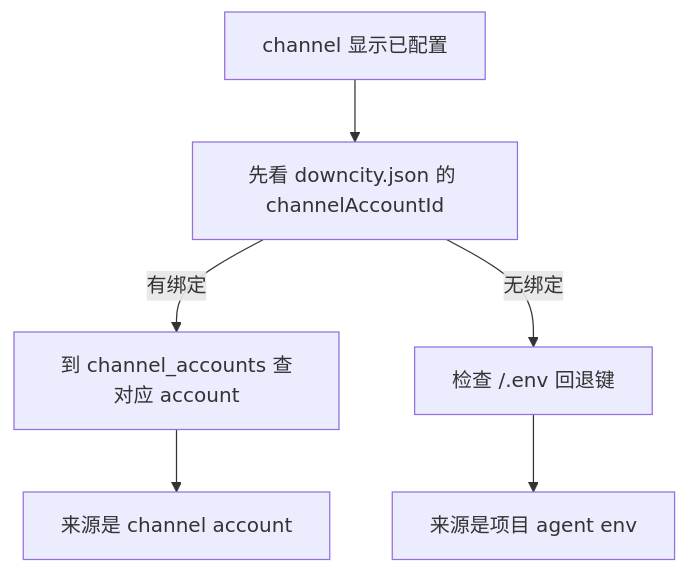
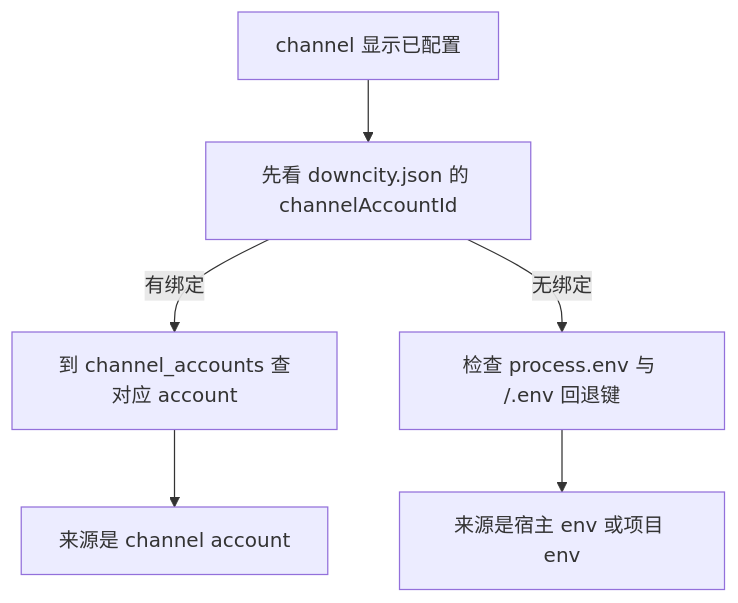
Before and after one commit to wangenius/downcity: the second of 2 diagrams in homepage/content/docs/zh/configuration/environment-variables.mdx, drawn with Mermaid. The commit also changed other lines of this file and 28 other files, not shown here.

Commit message:
refactor(env): simplify agent and city env pipeline

````diff
--- a/homepage/content/docs/zh/configuration/environment-variables.mdx
+++ b/homepage/content/docs/zh/configuration/environment-variables.mdx
@@ -111,8 +122,8 @@
 ```mermaid
 flowchart TD
   A["channel 显示已配置"] --> B["先看 downcity.json 的 channelAccountId"]
   B -->|有绑定| C["到 channel_accounts 查对应 account"]
-  B -->|无绑定| D["检查 <agent>/.env 回退键"]
+  B -->|无绑定| D["检查 process.env 与 <agent>/.env 回退键"]
   C --> E["来源是 channel account"]
-  D --> F["来源是项目 agent env"]
+  D --> F["来源是宿主 env 或项目 env"]
 ```
````
